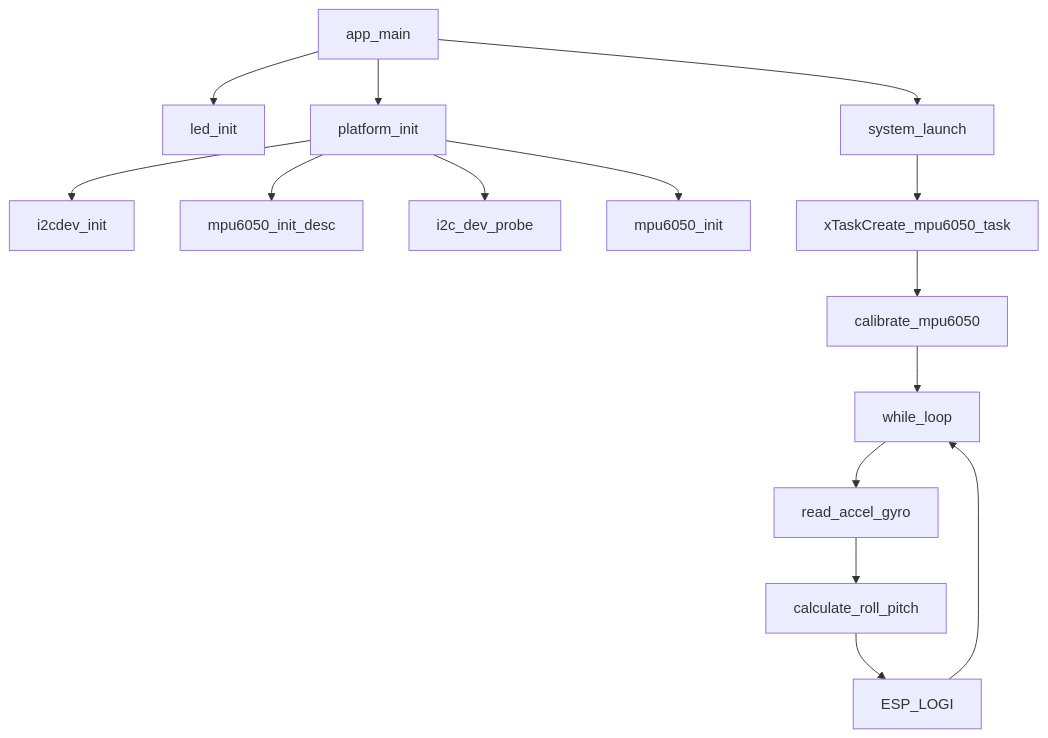
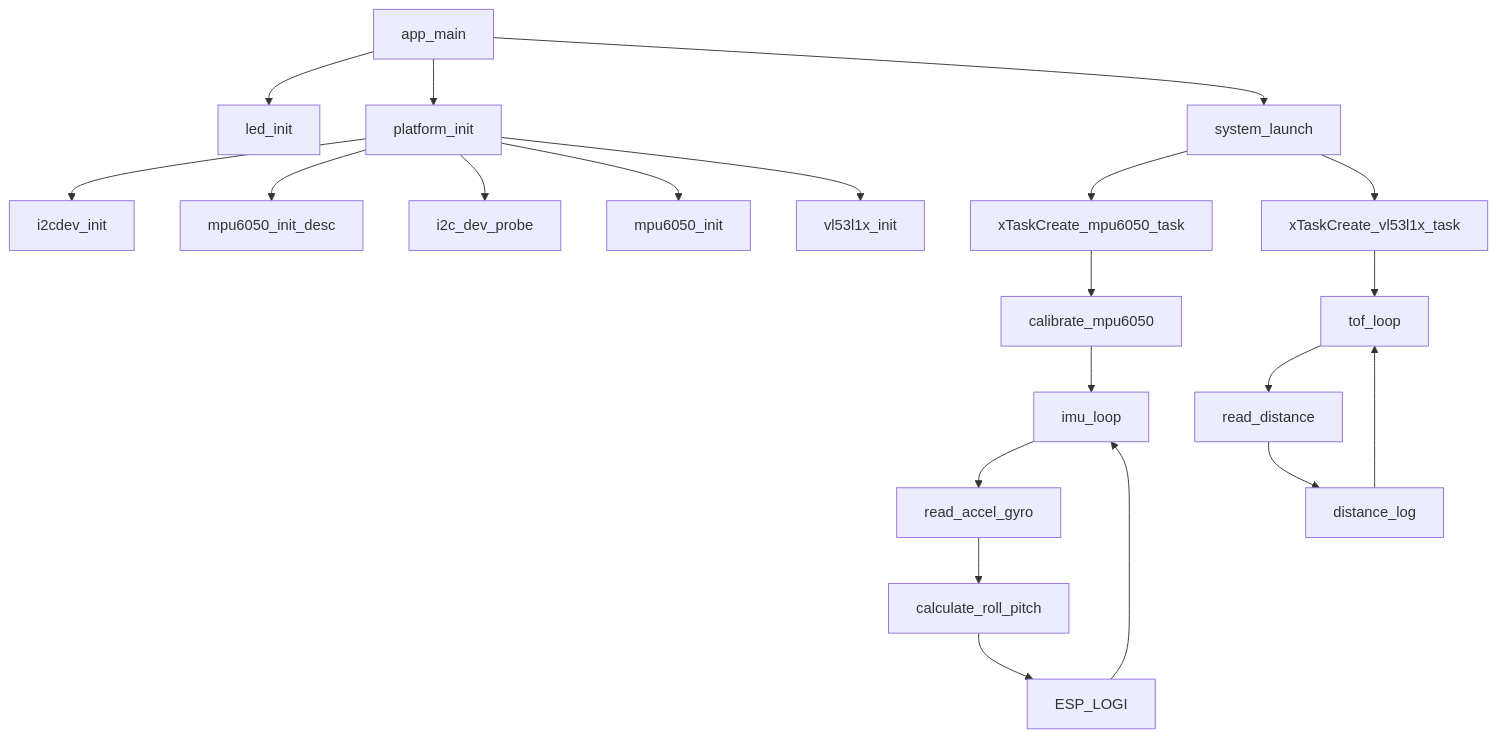
The diagram in README.md (mavanhung78/ESP32S3_IDF_MPU6050), drawn with Mermaid before and after one commit. The commit also changed other lines of this file, not shown here.

````diff
--- a/README.md
+++ b/README.md
@@ -5,24 +5,29 @@
 ```mermaid
 flowchart TD
 
 A[app_main] --> B[led_init]
 
 A --> C[platform_init]
 C --> C1[i2cdev_init]
 C --> C2[mpu6050_init_desc]
 C --> C3[i2c_dev_probe]
 C --> C4[mpu6050_init]
+C --> C5[vl53l1x_init]
 
 A --> D[system_launch]
+
 D --> E[xTaskCreate_mpu6050_task]
+D --> K[xTaskCreate_vl53l1x_task]
 
 E --> F[calibrate_mpu6050]
-
-F --> G[while_loop]
-
+F --> G[imu_loop]
 G --> H[read_accel_gyro]
 H --> I[calculate_roll_pitch]
 I --> J[ESP_LOGI]
+J --> G
 
-J --> G
+K --> L[tof_loop]
+L --> M[read_distance]
+M --> N[distance_log]
+N --> L
 ```
````
